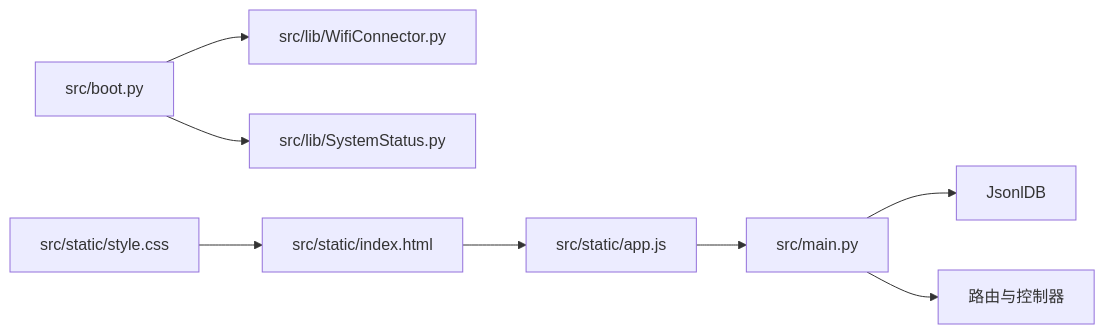
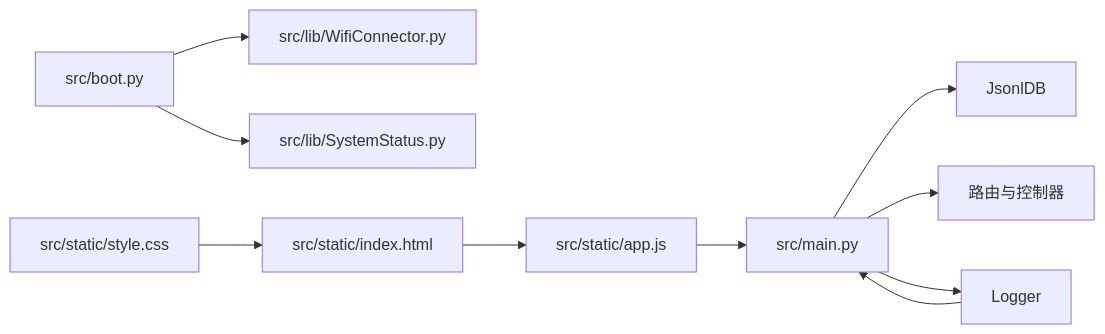
Before and after one commit to qq20739111/weilushishe-lishitai: the seventh of 7 diagrams in .qoder/repowiki/zh/content/数据管理/数据管理.md, drawn with Mermaid. The commit also changed other lines of this file and 23 other files, not shown here.

````diff
--- a/.qoder/repowiki/zh/content/数据管理/数据管理.md
+++ b/.qoder/repowiki/zh/content/数据管理/数据管理.md
@@ -408,10 +428,12 @@
 ```mermaid
 graph LR
 BOOT["src/boot.py"] --> WIFI["src/lib/WifiConnector.py"]
 BOOT --> SYS["src/lib/SystemStatus.py"]
 MAIN["src/main.py"] --> JSONL["JsonlDB"]
 MAIN --> ROUTES["路由与控制器"]
+MAIN --> LOGGER["Logger"]
 APPJS["src/static/app.js"] --> MAIN
 INDEX["src/static/index.html"] --> APPJS
 STYLE["src/static/style.css"] --> INDEX
+LOGGER --> MAIN
 ```
````
